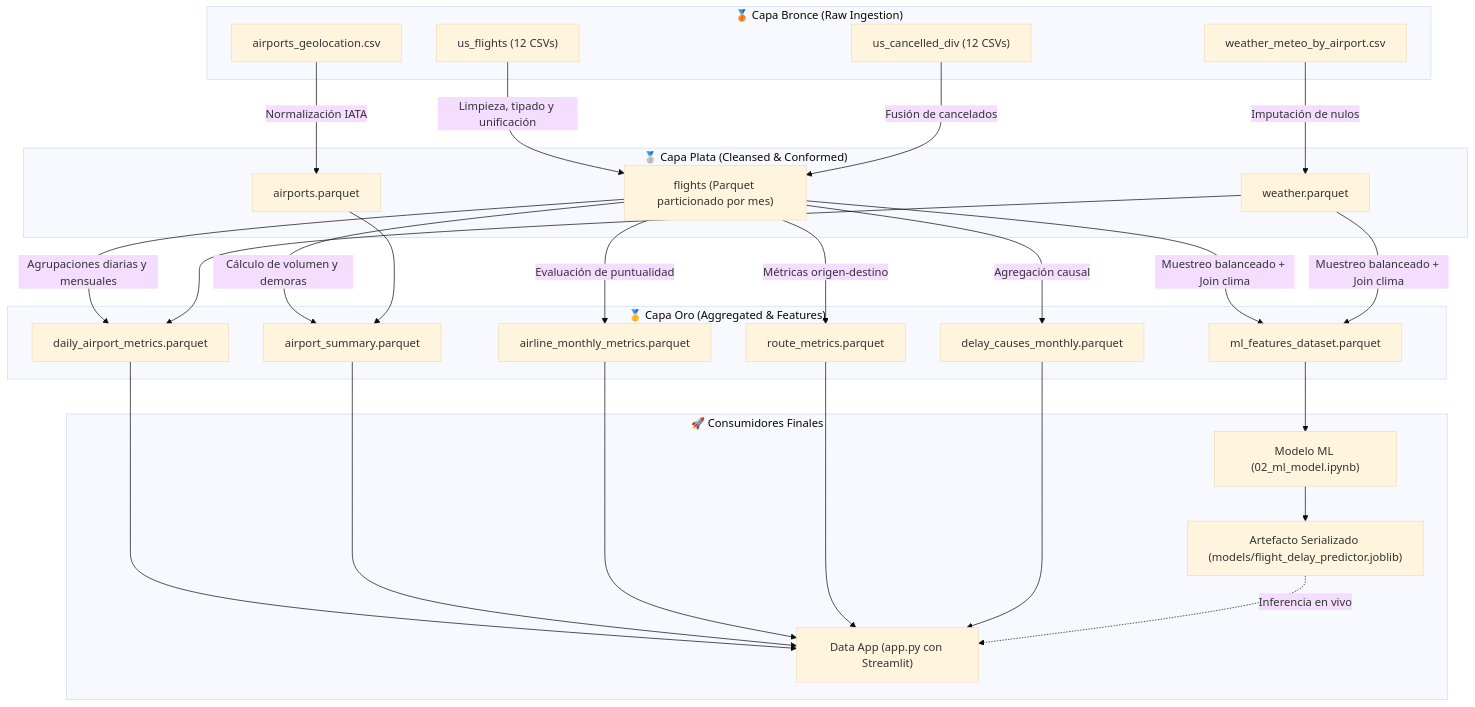
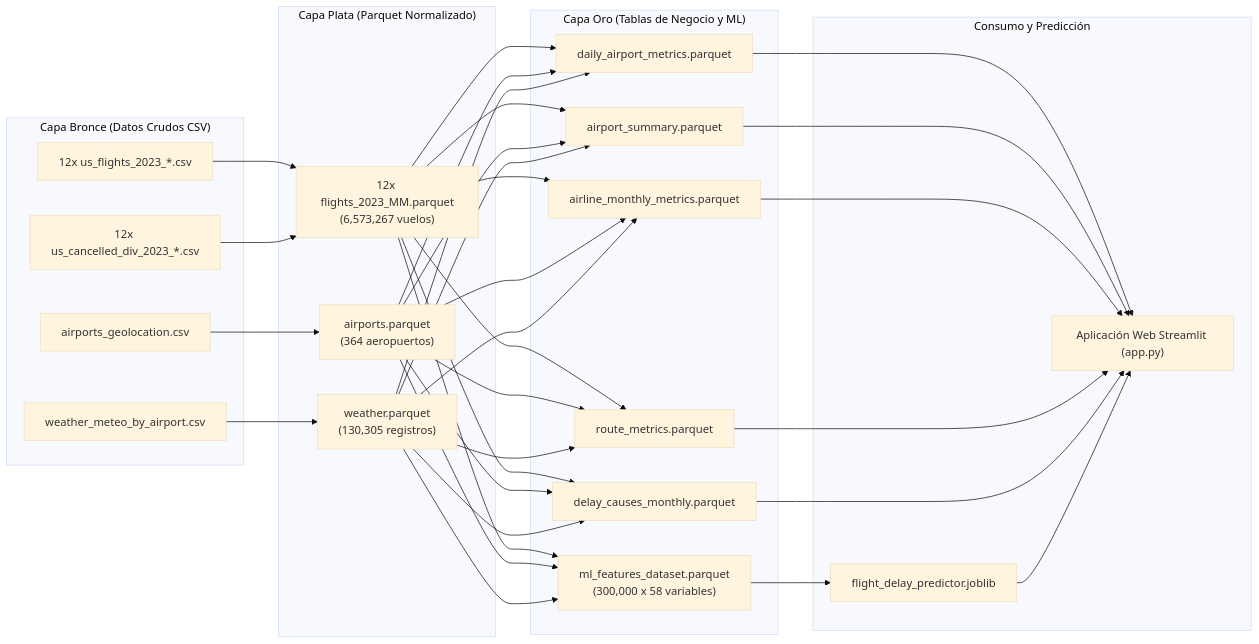
One commit to EzequielJaramillo/flightops-air-traffic-analytics changed the diagram in README.md. Above: the diagram before and after it, drawn with Mermaid (base theme). The commit also changed other lines of this file and 11 other files, not shown here.

Commit message:
feat: complete FlightOps Medallion ETL, causal HistGradientBoosting model and Streamlit dashboard

````diff
--- a/README.md
+++ b/README.md
@@ -42,50 +90,36 @@
 ```mermaid
-flowchart TD
-    subgraph BRONZE ["🥉 Capa Bronce (Raw Ingestion)"]
-        B1["us_flights (12 CSVs)"]
-        B2["us_cancelled_div (12 CSVs)"]
+flowchart LR
+    subgraph Bronze["Capa Bronce (Datos Crudos CSV)"]
+        B1["12x us_flights_2023_*.csv"]
+        B2["12x us_cancelled_div_2023_*.csv"]
         B3["airports_geolocation.csv"]
         B4["weather_meteo_by_airport.csv"]
     end
 
-    subgraph SILVER ["🥈 Capa Plata (Cleansed & Conformed)"]
-        S1["flights (Parquet particionado por mes)"]
-        S2["airports.parquet"]
-        S3["weather.parquet"]
+    subgraph Silver["Capa Plata (Parquet Normalizado)"]
+        S1["12x flights_2023_MM.parquet\n(6,573,267 vuelos)"]
+        S2["airports.parquet\n(364 aeropuertos)"]
+        S3["weather.parquet\n(130,305 registros)"]
     end
 
-    subgraph GOLD ["🥇 Capa Oro (Aggregated & Features)"]
+    subgraph Gold["Capa Oro (Tablas de Negocio y ML)"]
         G1["daily_airport_metrics.parquet"]
         G2["airport_summary.parquet"]
         G3["airline_monthly_metrics.parquet"]
         G4["route_metrics.parquet"]
         G5["delay_causes_monthly.parquet"]
-        G6["ml_features_dataset.parquet"]
+        G6["ml_features_dataset.parquet\n(300,000 x 58 variables)"]
     end
 
-    subgraph CONSUMERS ["🚀 Consumidores Finales"]
-        C1["Data App (app.py con Streamlit)"]
-        C2["Modelo ML (02_ml_model.ipynb)"]
-        C3["Artefacto Serializado (models/flight_delay_predictor.joblib)"]
+    subgraph App["Consumo y Predicción"]
+        M1["flight_delay_predictor.joblib"]
+        A1["Aplicación Web Streamlit (app.py)"]
     end
 
-    B1 --> |"Limpieza, tipado y unificación"| S1
-    B2 --> |"Fusión de cancelados"| S1
-    B3 --> |"Normalización IATA"| S2
-    B4 --> |"Imputación de nulos"| S3
-
-    S1 --> |"Agrupaciones diarias y mensuales"| G1
-    S1 --> |"Cálculo de volumen y demoras"| G2
-    S1 --> |"Evaluación de puntualidad"| G3
-    S1 --> |"Métricas origen-destino"| G4
-    S1 --> |"Agregación causal"| G5
-    S1 & S3 --> |"Muestreo balanceado + Join clima"| G6
-
-    S2 --> G2
-    S3 --> G1
-
-    G1 & G2 & G3 & G4 & G5 --> C1
-    G6 --> C2
-    C2 --> C3
-    C3 -.-> |"Inferencia en vivo"| C1
+    B1 & B2 --> S1
+    B3 --> S2
+    B4 --> S3
+    S1 & S2 & S3 --> G1 & G2 & G3 & G4 & G5 & G6
+    G6 --> M1
+    G1 & G2 & G3 & G4 & G5 & M1 --> A1
 ```
````
